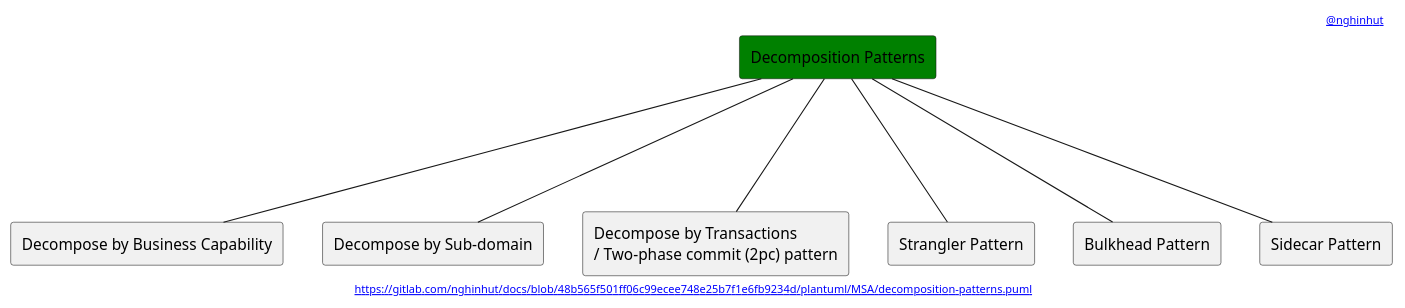
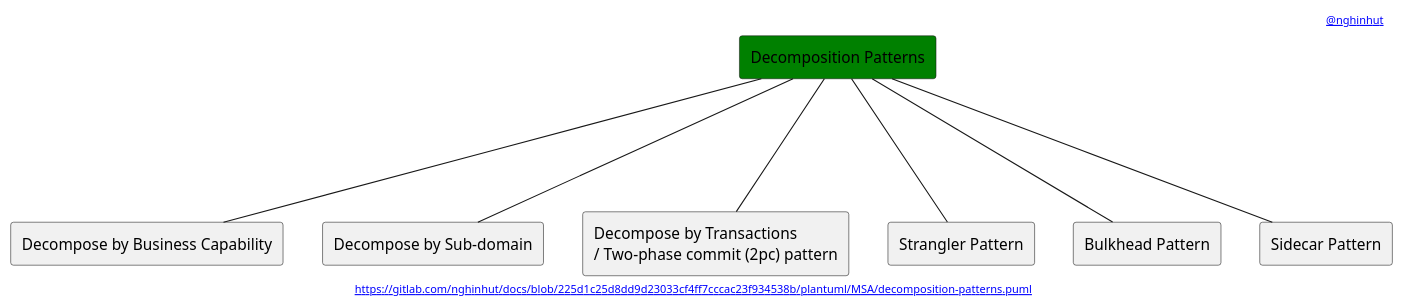
One commit to nghinhut/docs changed the diagram in plantuml/MSA/decomposition-patterns.puml. Above: the diagram before and after it, drawn with PlantUML. The commit also changed 24 other files, not shown here.

Commit message:
docs(plantuml): update headers

```diff
--- a/plantuml/MSA/decomposition-patterns.puml
+++ b/plantuml/MSA/decomposition-patterns.puml
@@ -1,22 +1,22 @@
 @startuml
 '-----START auto generated metadata please keep comment here to allow auto update-----
 '-----DON'T EDIT THIS SECTION, INSTEAD RE-RUN prebuild.sh TO UPDATE-----
-header [[https://www.nghinhut.dev?from=http%5C%3A%5C%2F%5C%2Fwww%5C.plantuml%5C.com%5C%2Fplantuml%5C%2Fproxy%3Ffmt%3Dsvg%5C%26src%3Dhttps%5C%3A%5C%2F%5C%2Fgitlab%5C.com%5C%2Fnghinhut%5C%2Fdocs%5C%2Fraw%5C%2F48b565f501ff06c99ecee748e25b7f1e6fb9234d%5C%2Fplantuml%5C%2FMSA%5C%2Fdecomposition-patterns%5C.puml%0A @nghinhut]]
-footer [[http://www.plantuml.com/plantuml/proxy?fmt=svg&src=https://gitlab.com/nghinhut/docs/raw/48b565f501ff06c99ecee748e25b7f1e6fb9234d/plantuml/MSA/decomposition-patterns.puml https://gitlab.com/nghinhut/docs/blob/48b565f501ff06c99ecee748e25b7f1e6fb9234d/plantuml/MSA/decomposition-patterns.puml]]
+header [[https://www.nghinhut.dev?from=http%5C%3A%5C%2F%5C%2Fwww%5C.plantuml%5C.com%5C%2Fplantuml%5C%2Fproxy%3Ffmt%3Dsvg%5C%26src%3Dhttps%5C%3A%5C%2F%5C%2Fgitlab%5C.com%5C%2Fnghinhut%5C%2Fdocs%5C%2Fraw%5C%2F225d1c25d8dd9d23033cf4ff7cccac23f934538b%5C%2Fplantuml%5C%2FMSA%5C%2Fdecomposition-patterns%5C.puml%0A @nghinhut]]
+footer [[http://www.plantuml.com/plantuml/proxy?fmt=svg&src=https://gitlab.com/nghinhut/docs/raw/225d1c25d8dd9d23033cf4ff7cccac23f934538b/plantuml/MSA/decomposition-patterns.puml https://gitlab.com/nghinhut/docs/blob/225d1c25d8dd9d23033cf4ff7cccac23f934538b/plantuml/MSA/decomposition-patterns.puml]]
 '-----END auto generated metadata please keep comment here to allow auto update-----
 
 rectangle "Decomposition Patterns" as Decomposition #green
 
 rectangle "Decompose by Business Capability" as DecompositionP1
 rectangle "Decompose by Sub-domain" as DecompositionP2
 rectangle "Decompose by Transactions\n/ Two-phase commit (2pc) pattern" as DecompositionP3
 rectangle "Strangler Pattern" as DecompositionP4
 rectangle "Bulkhead Pattern" as DecompositionP5
 rectangle "Sidecar Pattern" as DecompositionP6
 Decomposition --- DecompositionP1
 Decomposition --- DecompositionP2
 Decomposition --- DecompositionP3
 Decomposition --- DecompositionP4
 Decomposition --- DecompositionP5
 Decomposition --- DecompositionP6
 @enduml
```
